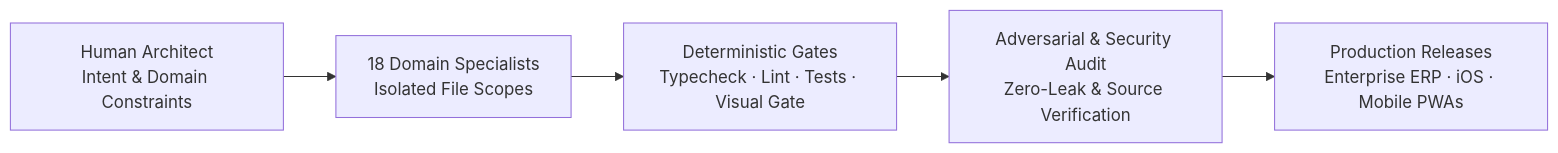
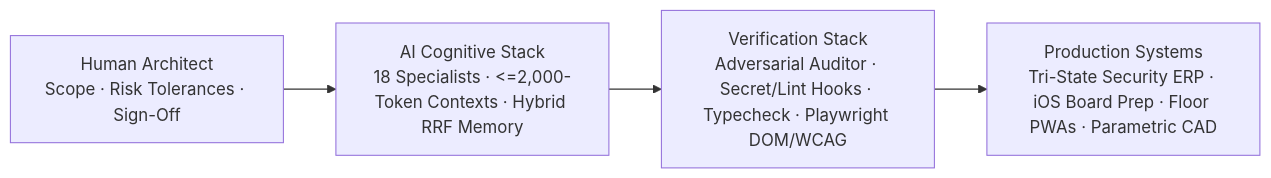
The diagram in index.md (jhathcock-sys/Public-Showcase), drawn with Mermaid before and after one commit. The commit also changed other lines of this file and 20 other files, not shown here.

Commit message:
docs: expand showcase to 18-chapter engineering book & 7-part AI systems architecture

````diff
--- a/index.md
+++ b/index.md
@@ -18,7 +19,6 @@
 ```mermaid
 flowchart LR
-    Human["Human Architect\nIntent & Domain Constraints"] --> Specialists["18 Domain Specialists\nIsolated File Scopes"]
-    Specialists --> Gates["Deterministic Gates\nTypecheck · Lint · Tests · Visual Gate"]
-    Gates --> Audit["Adversarial & Security Audit\nZero-Leak & Source Verification"]
-    Audit --> Ship["Production Releases\nEnterprise ERP · iOS · Mobile PWAs"]
+    Human["Human Architect\nScope · Risk Tolerances · Sign-Off"] --> AI["AI Cognitive Stack\n18 Specialists · <=2,000-Token Contexts · Hybrid RRF Memory"]
+    AI --> Verify["Verification Stack\nAdversarial Auditor · Secret/Lint Hooks · Typecheck · Playwright DOM/WCAG"]
+    Verify --> Products["Production Systems\nTri-State Security ERP · iOS Board Prep · Floor PWAs · Parametric CAD"]
 ```
````
